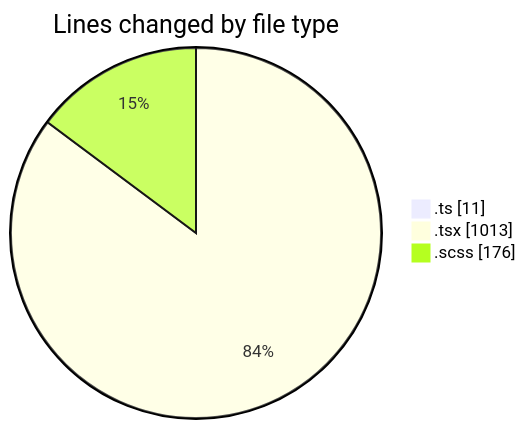
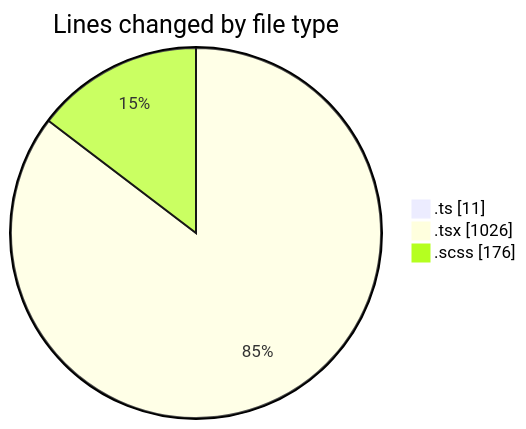
The first of 2 diagrams in 2025-03-21/cda/README.md (momahboobian/code-tracking), drawn with Mermaid before and after one commit. The commit also changed other lines of this file and 1 other file, not shown here.

````diff
--- a/2025-03-21/cda/README.md
+++ b/2025-03-21/cda/README.md
@@ -28,7 +28,7 @@
 ```mermaid
 pie showData
 title Lines changed by file type
 ".ts" : 11
-".tsx" : 1013
+".tsx" : 1026
 ".scss" : 176
 ```
````
